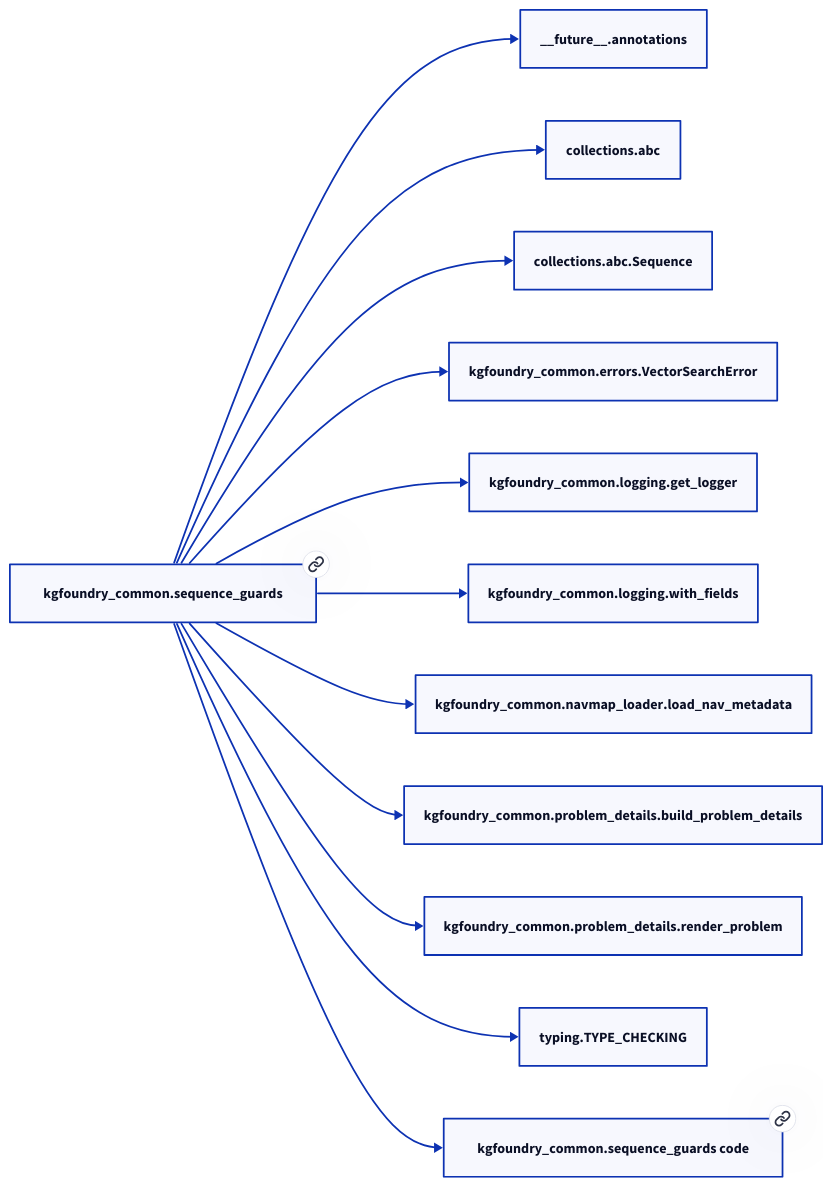
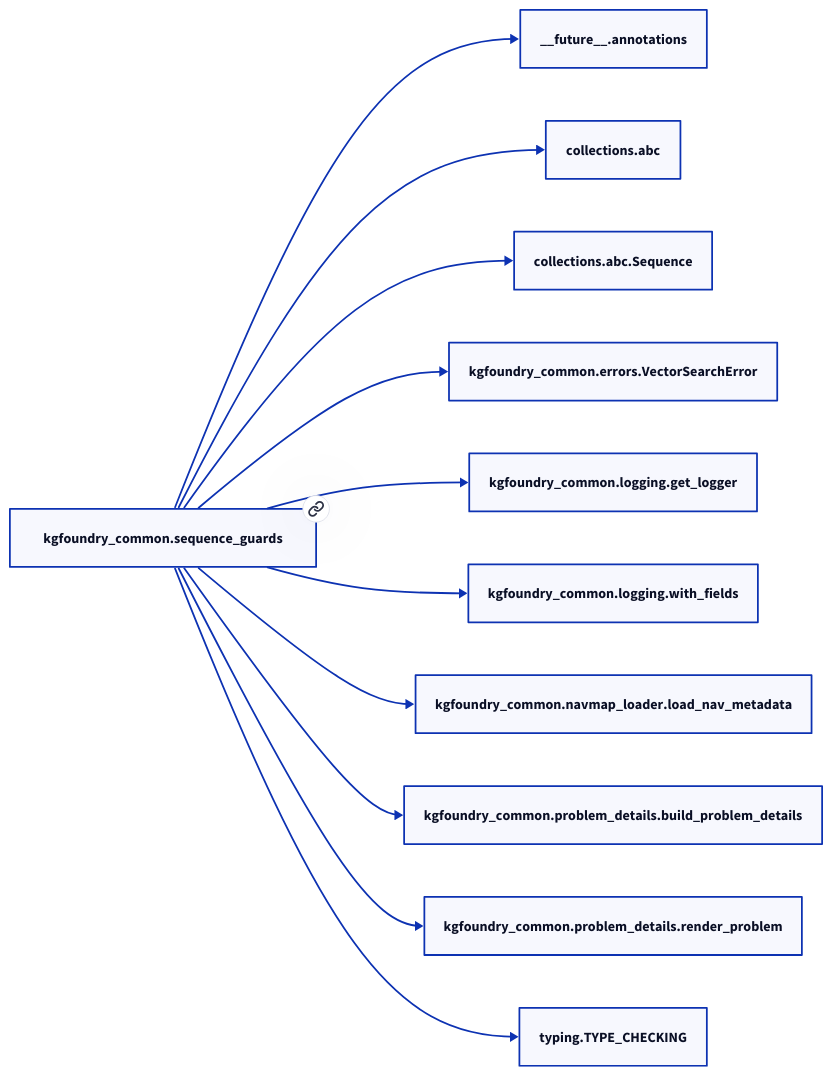
The diagram in docs/modules/kgfoundry_common/sequence_guards.md (paul-heyse/kgforge), drawn with D2 before and after one commit. The commit also changed other lines of this file and 118 other files, not shown here.

````diff
--- a/docs/modules/kgfoundry_common/sequence_guards.md
+++ b/docs/modules/kgfoundry_common/sequence_guards.md
@@ -32,26 +30,24 @@
 ```d2
 direction: right
-"kgfoundry_common.sequence_guards": "kgfoundry_common.sequence_guards" { link: "./kgfoundry_common/sequence_guards.md" }
+"kgfoundry_common.sequence_guards": "kgfoundry_common.sequence_guards" { link: "sequence_guards.md" }
 "__future__.annotations": "__future__.annotations"
 "kgfoundry_common.sequence_guards" -> "__future__.annotations"
 "collections.abc": "collections.abc"
 "kgfoundry_common.sequence_guards" -> "collections.abc"
 "collections.abc.Sequence": "collections.abc.Sequence"
 "kgfoundry_common.sequence_guards" -> "collections.abc.Sequence"
 "kgfoundry_common.errors.VectorSearchError": "kgfoundry_common.errors.VectorSearchError"
 "kgfoundry_common.sequence_guards" -> "kgfoundry_common.errors.VectorSearchError"
 "kgfoundry_common.logging.get_logger": "kgfoundry_common.logging.get_logger"
 "kgfoundry_common.sequence_guards" -> "kgfoundry_common.logging.get_logger"
 "kgfoundry_common.logging.with_fields": "kgfoundry_common.logging.with_fields"
 "kgfoundry_common.sequence_guards" -> "kgfoundry_common.logging.with_fields"
 "kgfoundry_common.navmap_loader.load_nav_metadata": "kgfoundry_common.navmap_loader.load_nav_metadata"
 "kgfoundry_common.sequence_guards" -> "kgfoundry_common.navmap_loader.load_nav_metadata"
 "kgfoundry_common.problem_details.build_problem_details": "kgfoundry_common.problem_details.build_problem_details"
 "kgfoundry_common.sequence_guards" -> "kgfoundry_common.problem_details.build_problem_details"
 "kgfoundry_common.problem_details.render_problem": "kgfoundry_common.problem_details.render_problem"
 "kgfoundry_common.sequence_guards" -> "kgfoundry_common.problem_details.render_problem"
 "typing.TYPE_CHECKING": "typing.TYPE_CHECKING"
 "kgfoundry_common.sequence_guards" -> "typing.TYPE_CHECKING"
-"kgfoundry_common.sequence_guards_code": "kgfoundry_common.sequence_guards code" { link: "https://github.com/kgfoundry/kgfoundry/blob/main/src/kgfoundry_common/sequence_guards.py" }
-"kgfoundry_common.sequence_guards" -> "kgfoundry_common.sequence_guards_code" { style: dashed }
 ```
````
